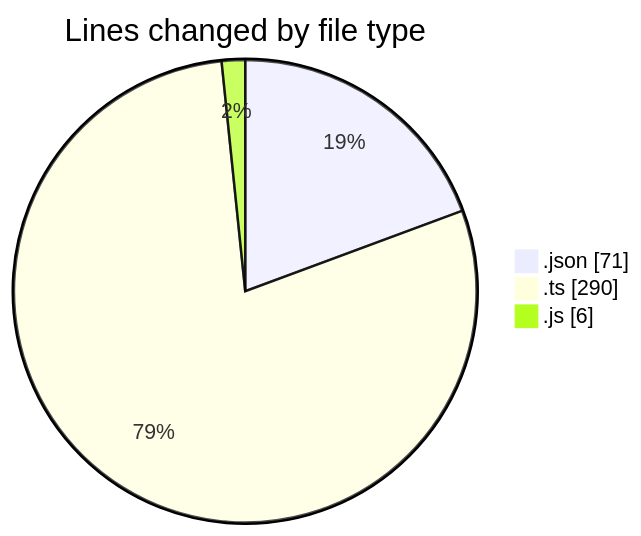
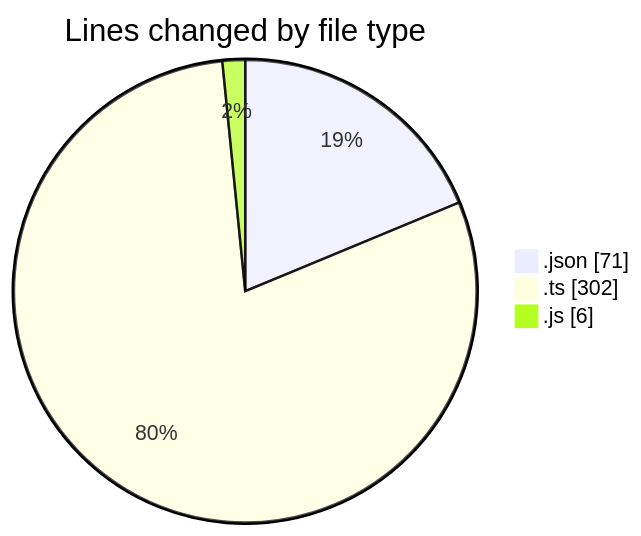
Before and after one commit to momahboobian/code-tracking: the first of 2 diagrams in 2025-02-06/cda/README.md, drawn with Mermaid. The commit also changed other lines of this file and 1 other file, not shown here.

````diff
--- a/2025-02-06/cda/README.md
+++ b/2025-02-06/cda/README.md
@@ -25,7 +25,7 @@
 ```mermaid
 pie showData
 title Lines changed by file type
 ".json" : 71
-".ts" : 290
+".ts" : 302
 ".js" : 6
 ```
````
